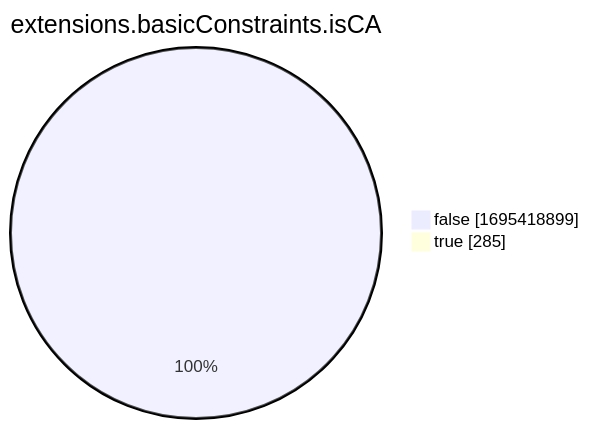
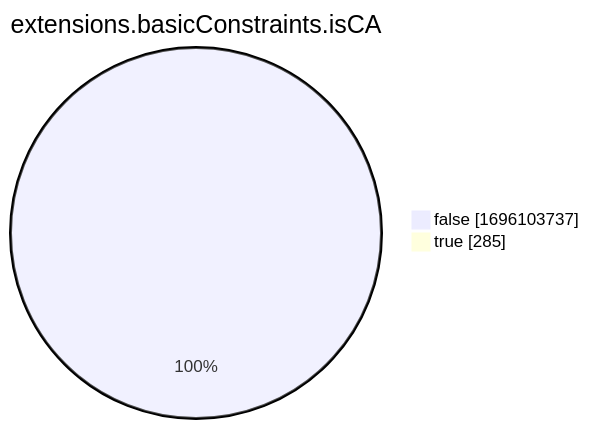
Before and after one commit to christiankrug/ctmonitor_visualization: the eighth of 15 diagrams in xenon2022/README.md, drawn with Mermaid. The commit also changed other lines of this file, not shown here.

````diff
--- a/xenon2022/README.md
+++ b/xenon2022/README.md
@@ -2865,6 +2865,6 @@
 ```mermaid
 pie showData
 title extensions.basicConstraints.isCA
-"false" :1695418899
+"false" :1696103737
 "true" :285
 ```
````
